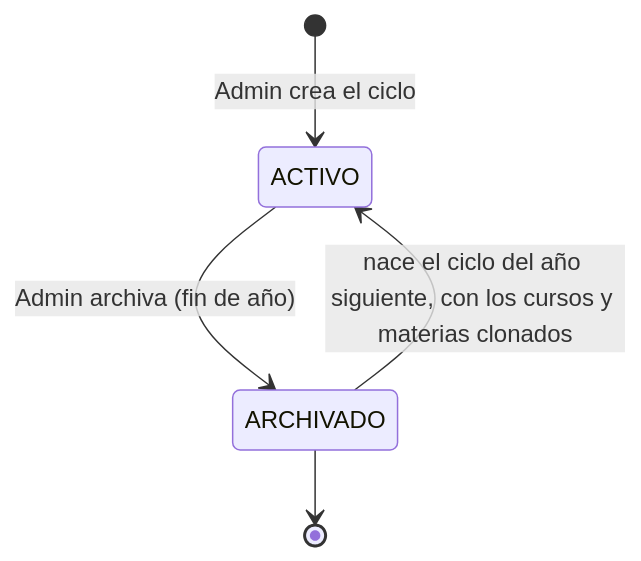
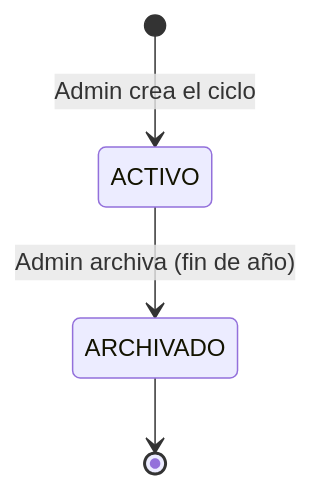
One commit to agustin-y2k/sgrc changed the fifth of 5 diagrams in docs/05-diagramas-estado.md. Above: the diagram before and after it, drawn with Mermaid. The commit also changed other lines of this file and 14 other files, not shown here.

````diff
--- a/docs/05-diagramas-estado.md
+++ b/docs/05-diagramas-estado.md
@@ -86,7 +91,6 @@
 ```mermaid
 stateDiagram-v2
     [*] --> ACTIVO: Admin crea el ciclo
     ACTIVO --> ARCHIVADO: Admin archiva (fin de año)
     ARCHIVADO --> [*]
-    ARCHIVADO --> ACTIVO: nace el ciclo del año siguiente, con los cursos y materias clonados
 ```
````
